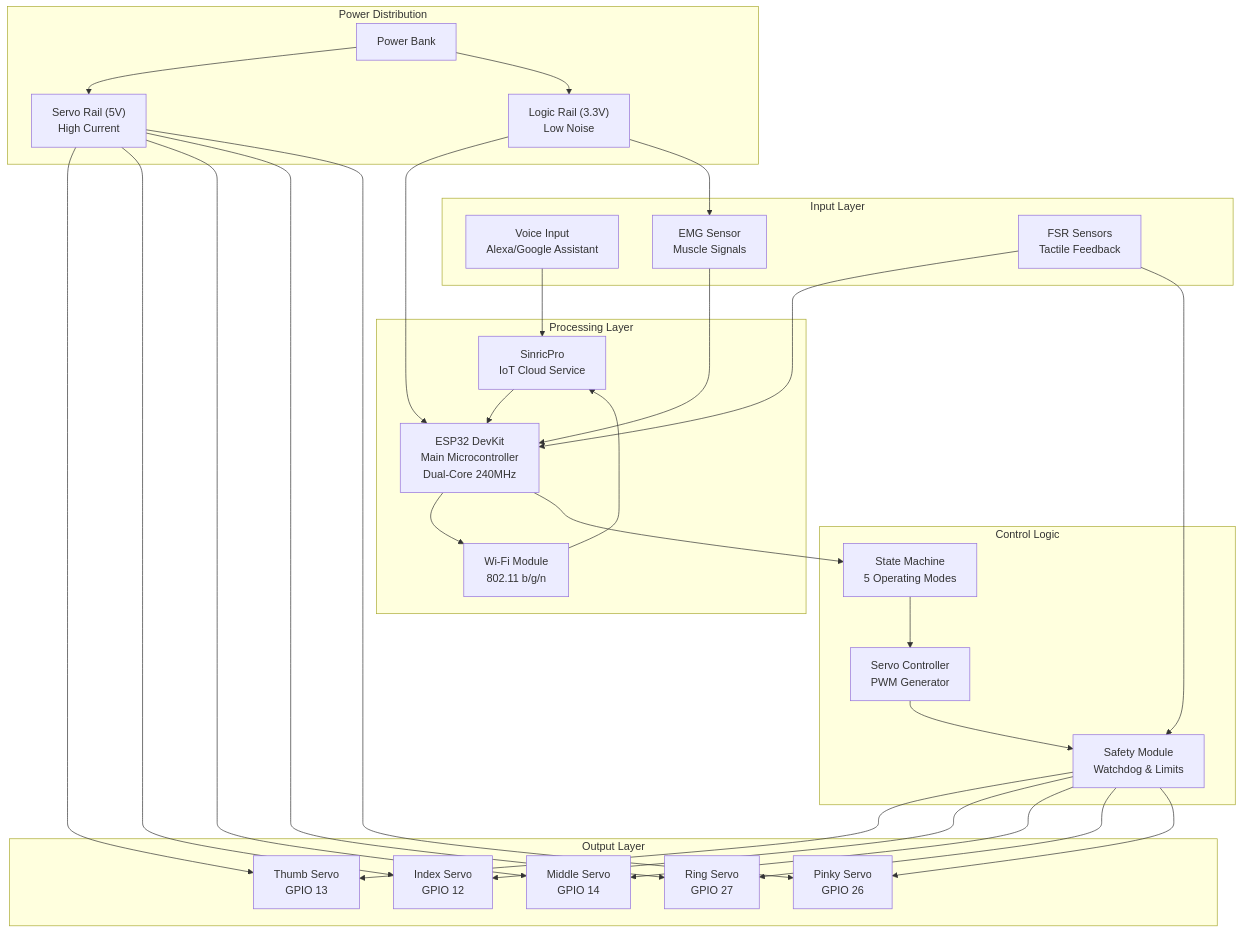
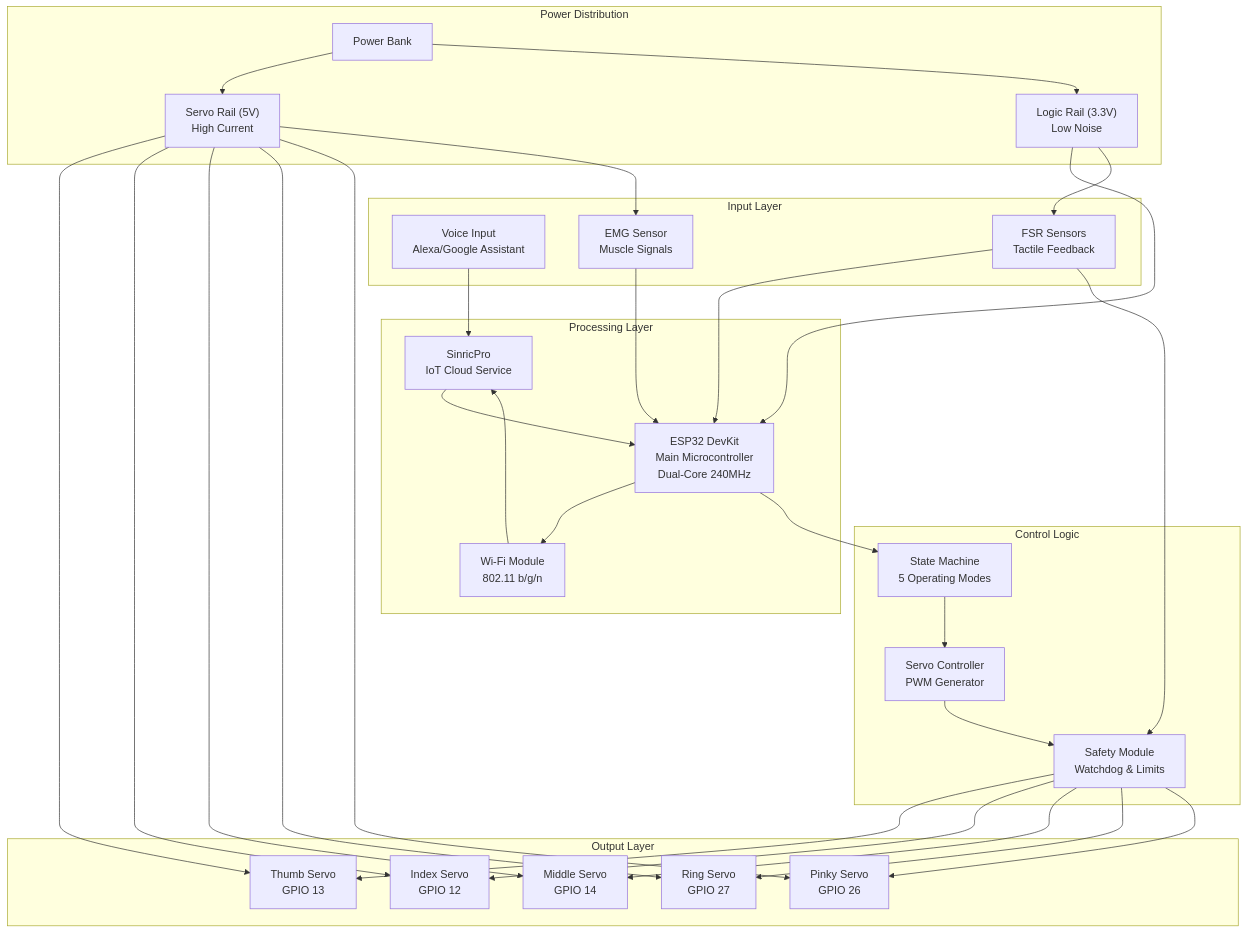
The first of 4 diagrams in README.md (harshitt13/Krtrimahastah), drawn with Mermaid before and after one commit. The commit also changed other lines of this file, not shown here.

Commit message:
refine README for accuracy; update EMG sensor voltage range, power draw details, and gesture command descriptions

````diff
--- a/README.md
+++ b/README.md
@@ -137,59 +137,60 @@
 ```mermaid
 graph TB
     subgraph "Input Layer"
         VOICE["Voice Input<br/>Alexa/Google Assistant"]
         EMG["EMG Sensor<br/>Muscle Signals"]
         FSR["FSR Sensors<br/>Tactile Feedback"]
     end
 
     subgraph "Processing Layer"
         ESP32["ESP32 DevKit<br/>Main Microcontroller<br/>Dual-Core 240MHz"]
         WIFI["Wi-Fi Module<br/>802.11 b/g/n"]
         SINRIC["SinricPro<br/>IoT Cloud Service"]
     end
 
     subgraph "Control Logic"
         FSM["State Machine<br/>5 Operating Modes"]
         SERVO_CTRL["Servo Controller<br/>PWM Generator"]
         SAFETY["Safety Module<br/>Watchdog & Limits"]
     end
 
     subgraph "Output Layer"
         THUMB["Thumb Servo<br/>GPIO 13"]
         INDEX["Index Servo<br/>GPIO 12"]
         MIDDLE["Middle Servo<br/>GPIO 14"]
         RING["Ring Servo<br/>GPIO 27"]
         PINKY["Pinky Servo<br/>GPIO 26"]
     end
 
     subgraph "Power Distribution"
         BATTERY["Power Bank"]
         SERVO_RAIL["Servo Rail (5V)<br/>High Current"]
         LOGIC_RAIL["Logic Rail (3.3V)<br/>Low Noise"]
     end
 
     VOICE --> SINRIC
     EMG --> ESP32
     FSR --> ESP32
     ESP32 --> WIFI
     WIFI --> SINRIC
     SINRIC --> ESP32
     ESP32 --> FSM
     FSM --> SERVO_CTRL
     FSR --> SAFETY
     SERVO_CTRL --> SAFETY
     SAFETY --> THUMB
     SAFETY --> INDEX
     SAFETY --> MIDDLE
     SAFETY --> RING
     SAFETY --> PINKY
     BATTERY --> SERVO_RAIL
     BATTERY --> LOGIC_RAIL
     SERVO_RAIL --> THUMB
     SERVO_RAIL --> INDEX
     SERVO_RAIL --> MIDDLE
     SERVO_RAIL --> RING
     SERVO_RAIL --> PINKY
     LOGIC_RAIL --> ESP32
-    LOGIC_RAIL --> EMG
+    LOGIC_RAIL --> FSR
+    SERVO_RAIL --> EMG
 ```
````
